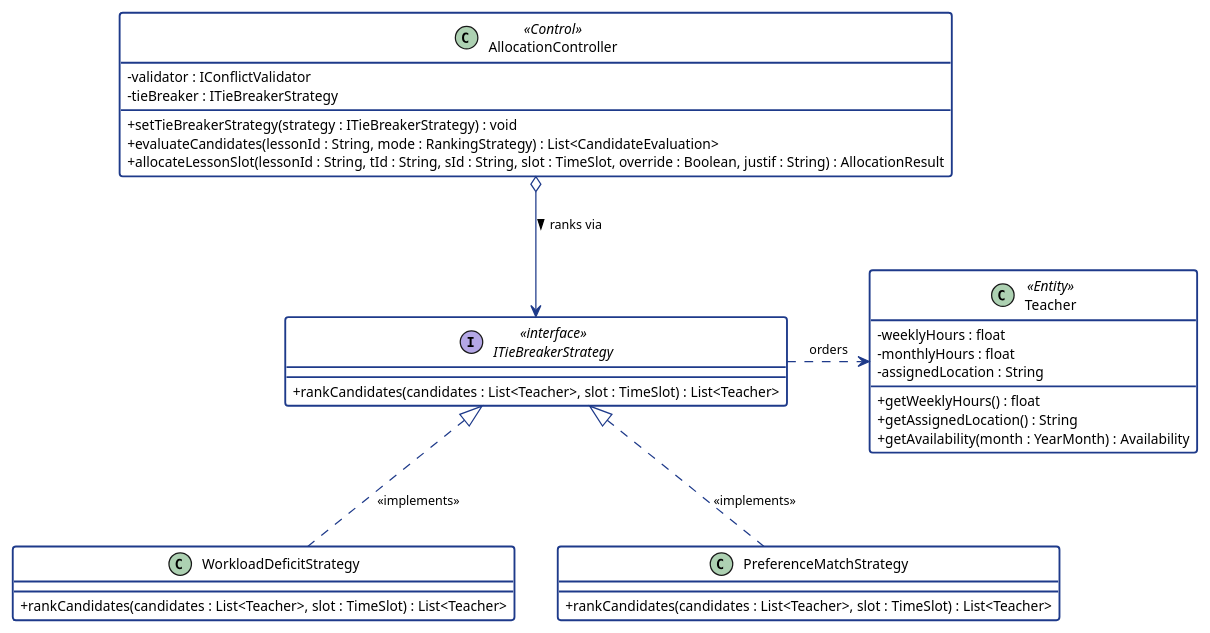
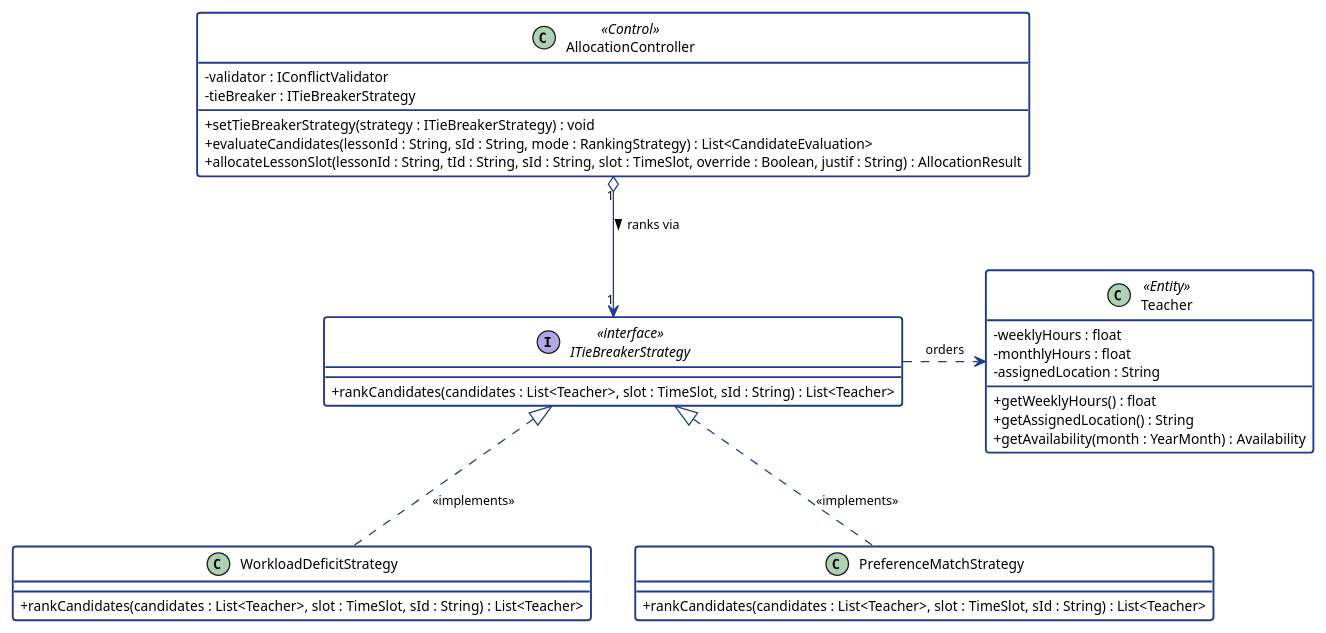
Before and after one commit to adoreblvnk/2001temp: the diagram in report/assets/m2/pattern_after_excerpt.puml, drawn with PlantUML. The commit also changed 27 other files, not shown here.

```diff
--- a/report/assets/m2/pattern_after_excerpt.puml
+++ b/report/assets/m2/pattern_after_excerpt.puml
@@ -1,53 +1,53 @@
 @startuml pattern_after_excerpt
 skinparam classAttributeIconSize 0
 skinparam shadowing false
 skinparam defaultFontName "Helvetica", "Arial", sans-serif
 skinparam defaultFontSize 11
 skinparam class {
     BackgroundColor #FFFFFF
     BorderColor #1E3A8A
     BorderThickness 1.5
 }
 skinparam interface {
     BackgroundColor #EFF6FF
     BorderColor #2563EB
     BorderThickness 1.5
 }
 skinparam arrow {
     Color #1E3A8A
     FontSize 10
 }
 
 class AllocationController <<Control>> {
     - validator : IConflictValidator
     - tieBreaker : ITieBreakerStrategy
     + setTieBreakerStrategy(strategy : ITieBreakerStrategy) : void
-    + evaluateCandidates(lessonId : String, mode : RankingStrategy) : List<CandidateEvaluation>
+    + evaluateCandidates(lessonId : String, sId : String, mode : RankingStrategy) : List<CandidateEvaluation>
     + allocateLessonSlot(lessonId : String, tId : String, sId : String, slot : TimeSlot, override : Boolean, justif : String) : AllocationResult
 }
 interface ITieBreakerStrategy <<interface>> {
-    + rankCandidates(candidates : List<Teacher>, slot : TimeSlot) : List<Teacher>
+    + rankCandidates(candidates : List<Teacher>, slot : TimeSlot, sId : String) : List<Teacher>
 }
 
 class WorkloadDeficitStrategy {
-    + rankCandidates(candidates : List<Teacher>, slot : TimeSlot) : List<Teacher>
+    + rankCandidates(candidates : List<Teacher>, slot : TimeSlot, sId : String) : List<Teacher>
 }
 
 class PreferenceMatchStrategy {
-    + rankCandidates(candidates : List<Teacher>, slot : TimeSlot) : List<Teacher>
+    + rankCandidates(candidates : List<Teacher>, slot : TimeSlot, sId : String) : List<Teacher>
 }
 
 class Teacher <<Entity>> {
     - weeklyHours : float
     - monthlyHours : float
     - assignedLocation : String
     + getWeeklyHours() : float
     + getAssignedLocation() : String
     + getAvailability(month : YearMonth) : Availability
 }
-AllocationController o-down-> ITieBreakerStrategy : ranks via >
+AllocationController "1" o-down-> "1" ITieBreakerStrategy : ranks via >
 WorkloadDeficitStrategy .up.|> ITieBreakerStrategy : <<implements>>
 PreferenceMatchStrategy .up.|> ITieBreakerStrategy : <<implements>>
 ITieBreakerStrategy .right.> Teacher : orders
 
 @enduml
```
